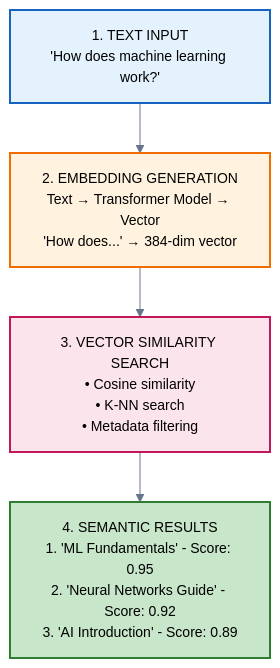
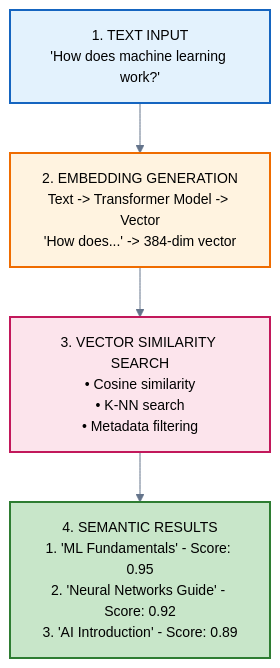
The diagram in docs/diagrams/semantic-search-pipeline.mmd (vjsingh1984/proximaDB), drawn with Mermaid before and after one commit. The commit also changed 114 other files, not shown here.

```diff
--- a/docs/diagrams/semantic-search-pipeline.mmd
+++ b/docs/diagrams/semantic-search-pipeline.mmd
@@ -1,12 +1,12 @@
 %%{init: {"theme":"neutral", "themeVariables": {"primaryColor":"#4A90E2","primaryBorderColor":"#2563eb","secondaryColor":"#5CB85C","tertiaryColor":"#F5A623","lineColor":"#64748b","background":"transparent","fontFamily":"-apple-system, BlinkMacSystemFont, Segoe UI, Roboto, sans-serif","fontSize":"14px"}}}%%
 graph TD
-    Input["1. TEXT INPUT<br/>'How does machine learning work?'"] --> Embedding["2. EMBEDDING GENERATION<br/>Text → Transformer Model → Vector<br/>'How does...' → 384-dim vector"]
+    Input["1. TEXT INPUT<br/>'How does machine learning work?'"] --> Embedding["2. EMBEDDING GENERATION<br/>Text -> Transformer Model -> Vector<br/>'How does...' -> 384-dim vector"]
     
     Embedding --> Search["3. VECTOR SIMILARITY SEARCH<br/>• Cosine similarity<br/>• K-NN search<br/>• Metadata filtering"]
     
     Search --> Results["4. SEMANTIC RESULTS<br/>1. 'ML Fundamentals' - Score: 0.95<br/>2. 'Neural Networks Guide' - Score: 0.92<br/>3. 'AI Introduction' - Score: 0.89"]
     
     style Input fill:#e3f2fd,stroke:#1565c0,stroke-width:2px
     style Embedding fill:#fff3e0,stroke:#ef6c00,stroke-width:2px
     style Search fill:#fce4ec,stroke:#c2185b,stroke-width:2px
     style Results fill:#c8e6c9,stroke:#2e7d32,stroke-width:2px
```
